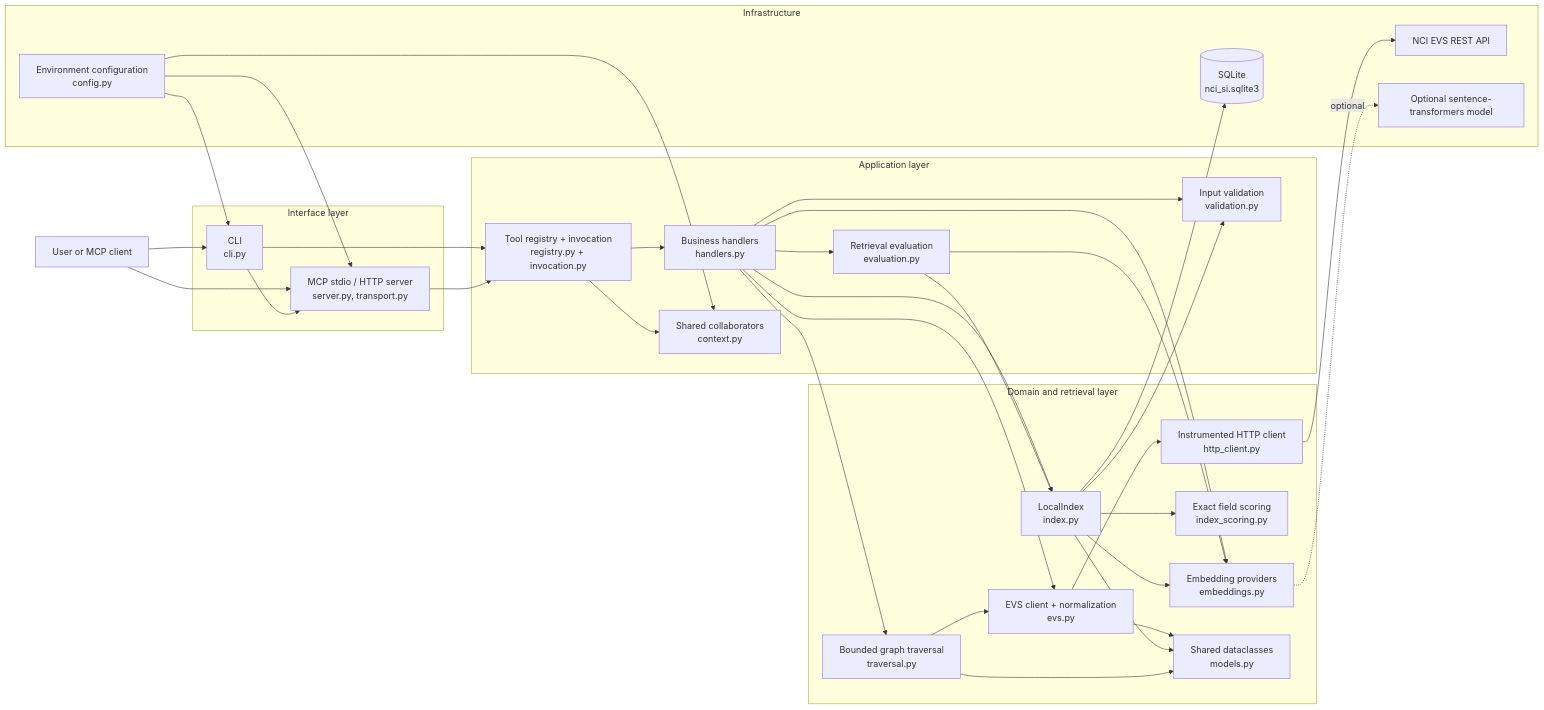
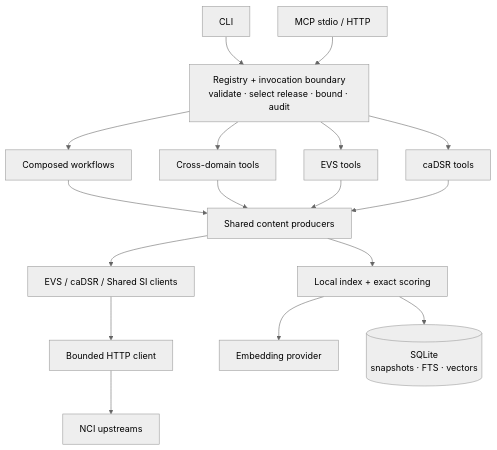
One commit to CBIIT/nci-si-mcp changed the second of 5 diagrams in ARCHITECTURE.md. Above: the diagram before and after it, drawn with Mermaid. The commit also changed other lines of this file and 15 other files, not shown here.

````diff
--- a/ARCHITECTURE.md
+++ b/ARCHITECTURE.md
@@ -9,67 +55,29 @@
 ```mermaid
-flowchart LR
-    User["User or MCP client"]
+---
+config:
+  theme: neutral
+  look: classic
+  layout: dagre
+  flowchart:
+    wrappingWidth: 260
+---
+flowchart TB
+    CLI["CLI"] --> Boundary
+    MCP["MCP stdio / HTTP"] --> Boundary
+    Boundary["Registry + invocation boundary<br/>validate · select release · bound · audit"]
+    Boundary --> Workflows["Composed workflows"]
+    Boundary --> Seam["Cross-domain tools"]
+    Boundary --> Content["EVS tools"]
+    Boundary --> Metadata["caDSR tools"]
+    Workflows --> Producers["Shared content producers"]
+    Seam --> Producers
+    Content --> Producers
+    Metadata --> Producers
+    Producers --> Clients["EVS / caDSR / Shared SI clients"]
+    Producers --> Index["Local index + exact scoring"]
+    Clients --> Http["Bounded HTTP client"]
+    Http --> Upstreams["NCI upstreams"]
+    Index --> Embeddings["Embedding provider"]
+    Index --> SQLite[("SQLite<br/>snapshots · FTS · vectors")]
 
-    subgraph Interfaces["Interface layer"]
-        CLI["CLI<br/>cli.py"]
-        MCP["MCP stdio / HTTP server<br/>server.py, transport.py"]
-    end
-
-    subgraph Application["Application layer"]
-        Registry["Tool registry + invocation<br/>registry.py + invocation.py"]
-        Handlers["Business handlers<br/>handlers.py"]
-        Context["Shared collaborators<br/>context.py"]
-        Validation["Input validation<br/>validation.py"]
-        Eval["Retrieval evaluation<br/>evaluation.py"]
-    end
-
-    subgraph Domain["Domain and retrieval layer"]
-        EVS["EVS client + normalization<br/>evs.py"]
-        Http["Instrumented HTTP client<br/>http_client.py"]
-        Index["LocalIndex<br/>index.py"]
-        Retrieval["Exact field scoring<br/>index_scoring.py"]
-        Embeddings["Embedding providers<br/>embeddings.py"]
-        Traversal["Bounded graph traversal<br/>traversal.py"]
-        Models["Shared dataclasses<br/>models.py"]
-    end
-
-    subgraph Infrastructure["Infrastructure"]
-        EVSAPI["NCI EVS REST API"]
-        SQLite[("SQLite<br/>nci_si.sqlite3")]
-        ST["Optional sentence-transformers model"]
-        Env["Environment configuration<br/>config.py"]
-    end
-
-    User --> CLI
-    User --> MCP
-    CLI --> Registry
-    CLI --> MCP
-    MCP --> Registry
-
-    Env --> CLI
-    Env --> MCP
-    Handlers --> Validation
-    Handlers --> EVS
-    Handlers --> Index
-    Handlers --> Traversal
-    Handlers --> Embeddings
-    Handlers --> Eval
-    Env --> Context
-    Registry --> Handlers
-    Registry --> Context
-    Eval --> Index
-    Eval --> Embeddings
-    Index --> Validation
-
-    EVS --> Http
-    Http --> EVSAPI
-    Traversal --> EVS
-    Index --> Retrieval
-    Index --> Embeddings
-    Index --> SQLite
-    Embeddings -. "optional" .-> ST
-
-    EVS --> Models
-    Index --> Models
-    Traversal --> Models
 ```
````
